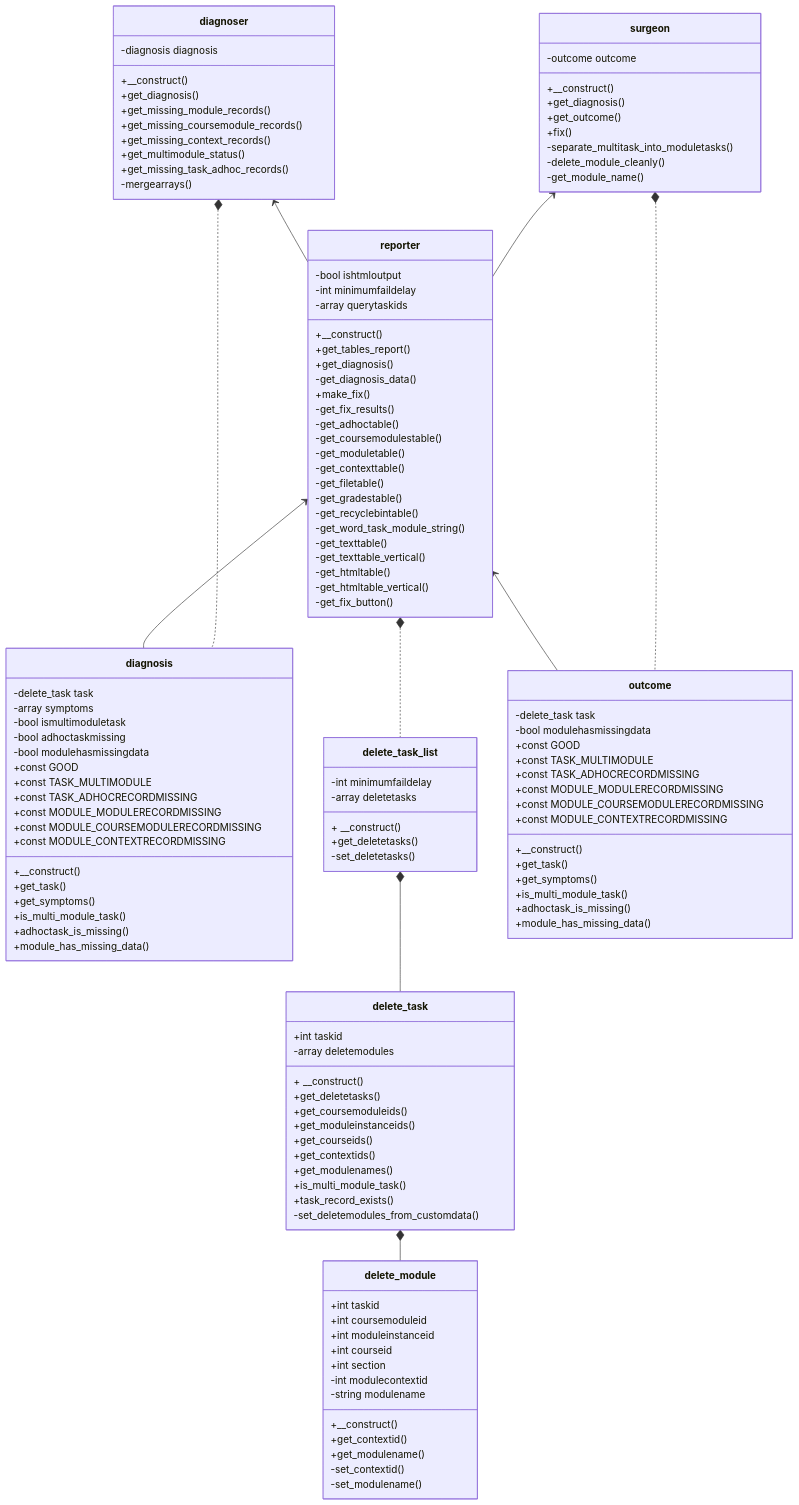
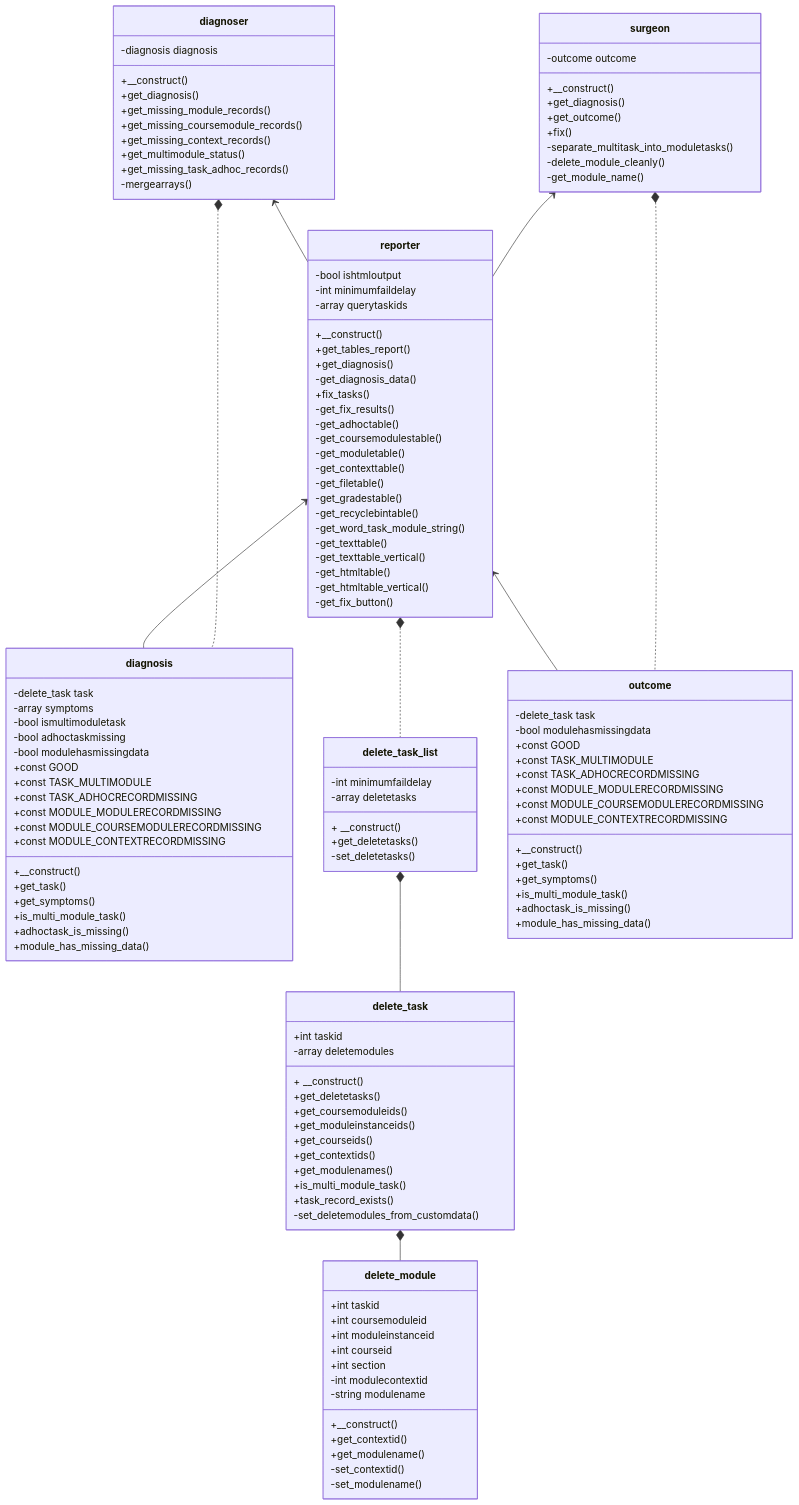
Before and after one commit to bradpasley/moodle-tool_fix_delete_modules: the diagram in uml_mermaid.md, drawn with Mermaid. The commit also changed 6 other files, not shown here.

```diff
--- a/uml_mermaid.md
+++ b/uml_mermaid.md
@@ -108,7 +108,7 @@
         +get_tables_report()
         +get_diagnosis()
         -get_diagnosis_data()
-        +make_fix()
+        +fix_tasks()
         -get_fix_results()
         -get_adhoctable()
         -get_coursemodulestable()
```
